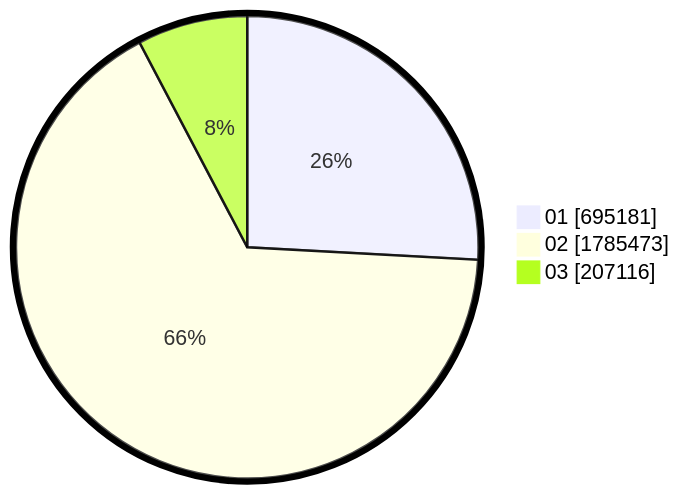
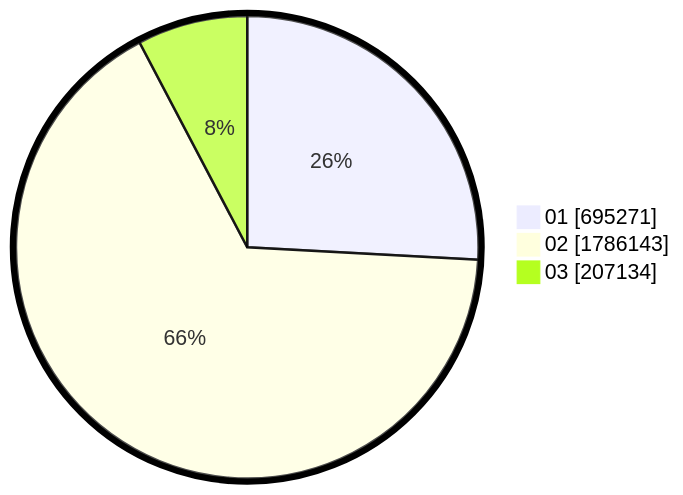
The second of 2 diagrams in pilpres/hitung-suara/sub/table-wilayah-52.md (gigit-pemilu/pemilu-2024), drawn with Mermaid before and after one commit. The commit also changed other lines of this file and 7 other files, not shown here.

````diff
--- a/pilpres/hitung-suara/sub/table-wilayah-52.md
+++ b/pilpres/hitung-suara/sub/table-wilayah-52.md
@@ -15,7 +15,7 @@
 ```mermaid
 %%{init: {"pie": {"textPosition": 0.5}, "themeVariables": {"pieOuterStrokeWidth": "5px"}} }%%
 pie showData
-    "01" : 695181
-    "02" : 1785473
-    "03" : 207116
+    "01" : 695271
+    "02" : 1786143
+    "03" : 207134
 ```
````
